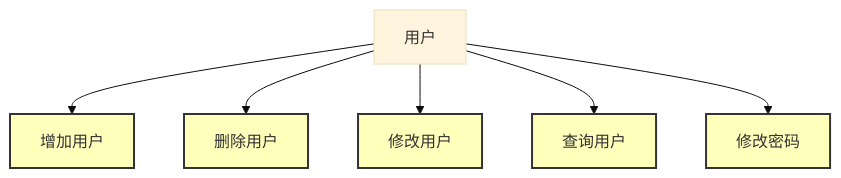
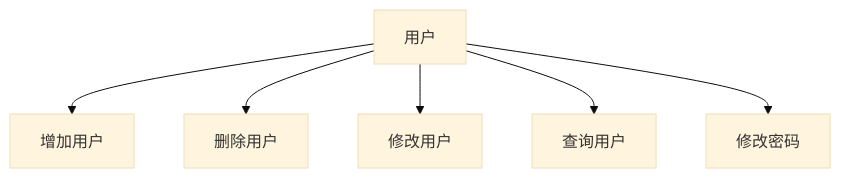
The seventh of 16 diagrams in README.md (FirmamentWu/java-), drawn with Mermaid (base theme) before and after one commit. The commit also changed other lines of this file, not shown here.

````diff
--- a/README.md
+++ b/README.md
@@ -239,13 +234,9 @@
 ```mermaid
 graph TD
     A[用户] --> B[增加用户]
     A --> C[删除用户]
     A --> D[修改用户]
     A --> E[查询用户]
     A --> F[修改密码]
-    style B fill:#ffb,stroke:#333,stroke-width:2px;
-    style C fill:#ffb,stroke:#333,stroke-width:2px;
-    style D fill:#ffb,stroke:#333,stroke-width:2px;
-    style E fill:#ffb,stroke:#333,stroke-width:2px;
-    style F fill:#ffb,stroke:#333,stroke-width:2px;
+    
 ```
````
